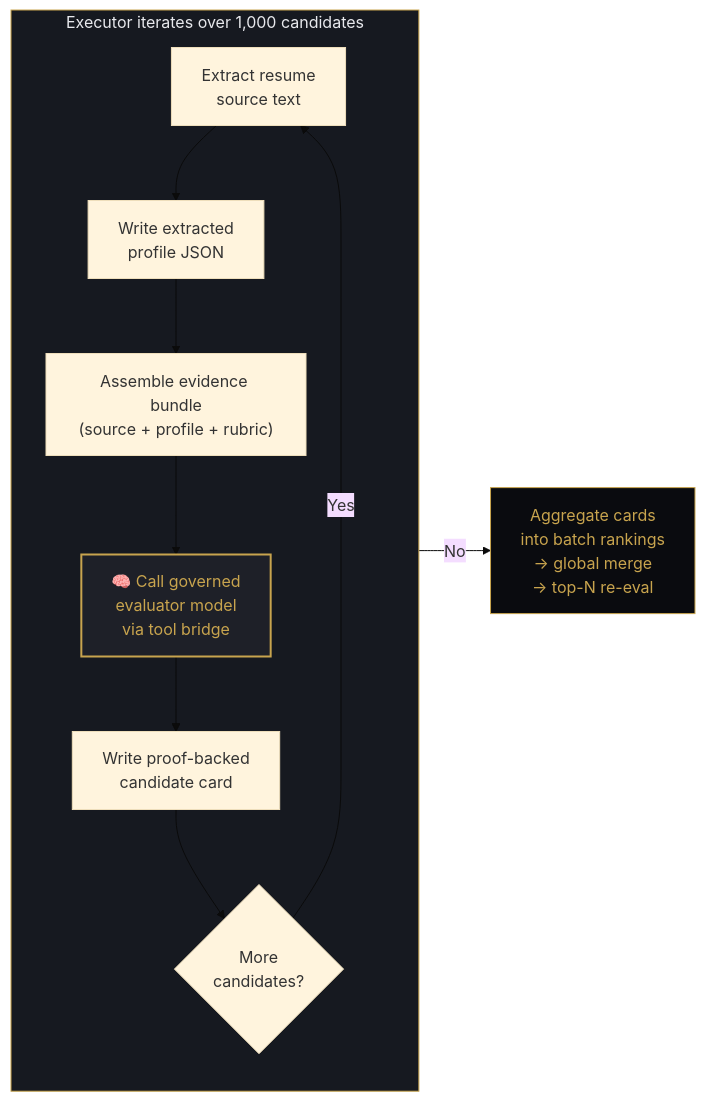
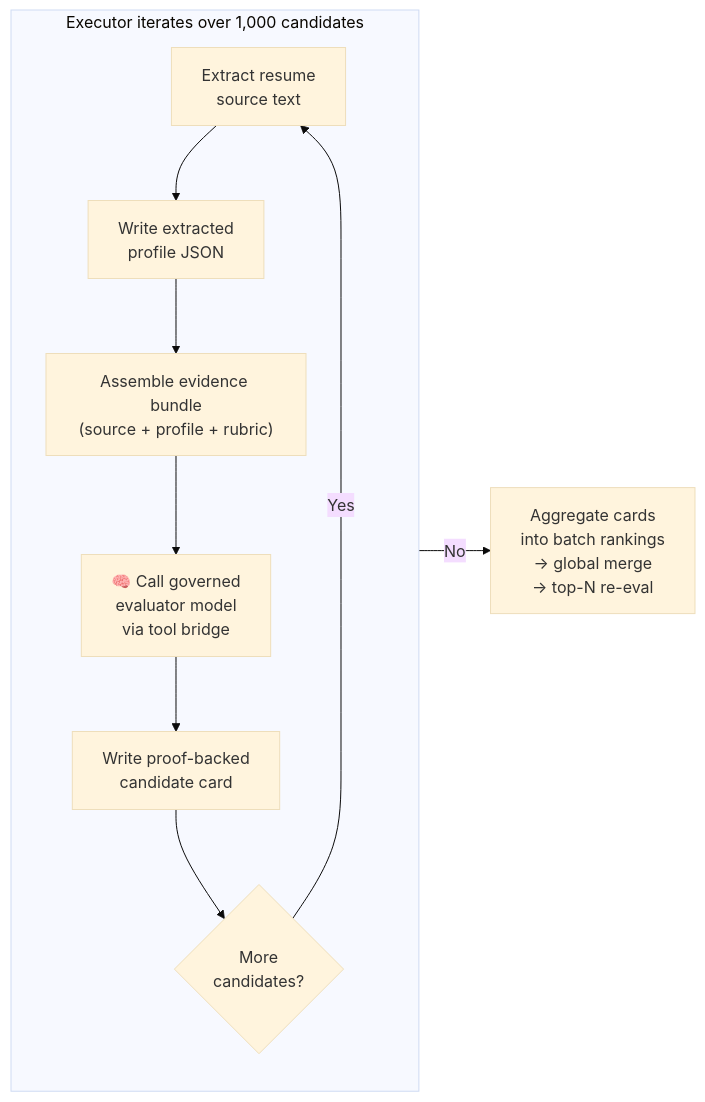
One commit to amadalis-ai/forge-architecture changed the third of 10 diagrams in docs/diagrams-draft.md. Above: the diagram before and after it, drawn with Mermaid (base theme). The commit also changed other lines of this file, not shown here.

Commit message:
Remove custom dark styling from diagrams — use GitHub default theme for visibility

````diff
--- a/docs/diagrams-draft.md
+++ b/docs/diagrams-draft.md
@@ -91,23 +75,19 @@
 ```mermaid
 flowchart LR
     subgraph LOOP["Executor iterates over 1,000 candidates"]
         direction TB
         R1["Extract resume\nsource text"]
         R2["Write extracted\nprofile JSON"]
         R3["Assemble evidence bundle\n(source + profile + rubric)"]
         R4["🧠 Call governed\nevaluator model\nvia tool bridge"]
         R5["Write proof-backed\ncandidate card"]
         R6{"More\ncandidates?"}
 
         R1 --> R2 --> R3 --> R4 --> R5 --> R6
         R6 -->|Yes| R1
     end
 
     AGG["Aggregate cards\ninto batch rankings\n→ global merge\n→ top-N re-eval"]
 
     R6 -->|No| AGG
-
-    style LOOP fill:#161920,stroke:#c8a44e,color:#e8e9ed
-    style R4 fill:#1e2028,stroke:#c8a44e,color:#c8a44e,stroke-width:2px
-    style AGG fill:#0a0b0f,stroke:#c8a44e,color:#c8a44e
 ```
````
